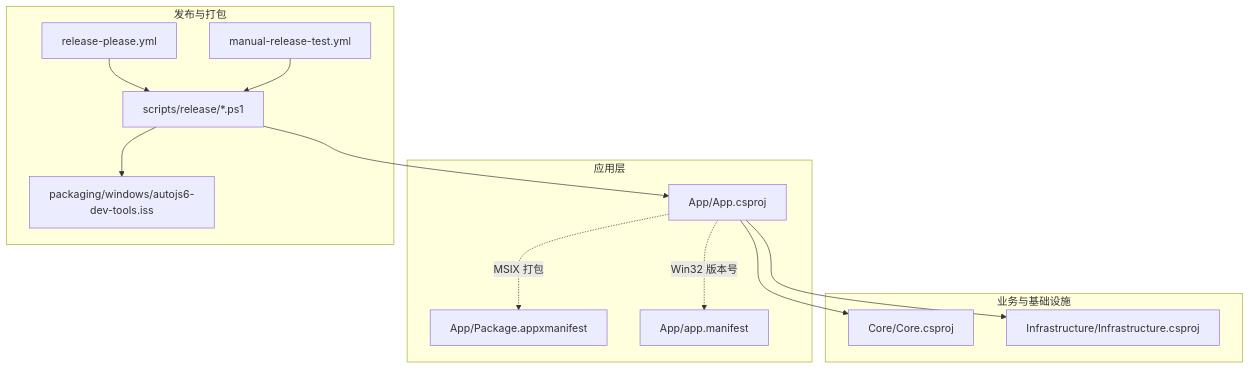
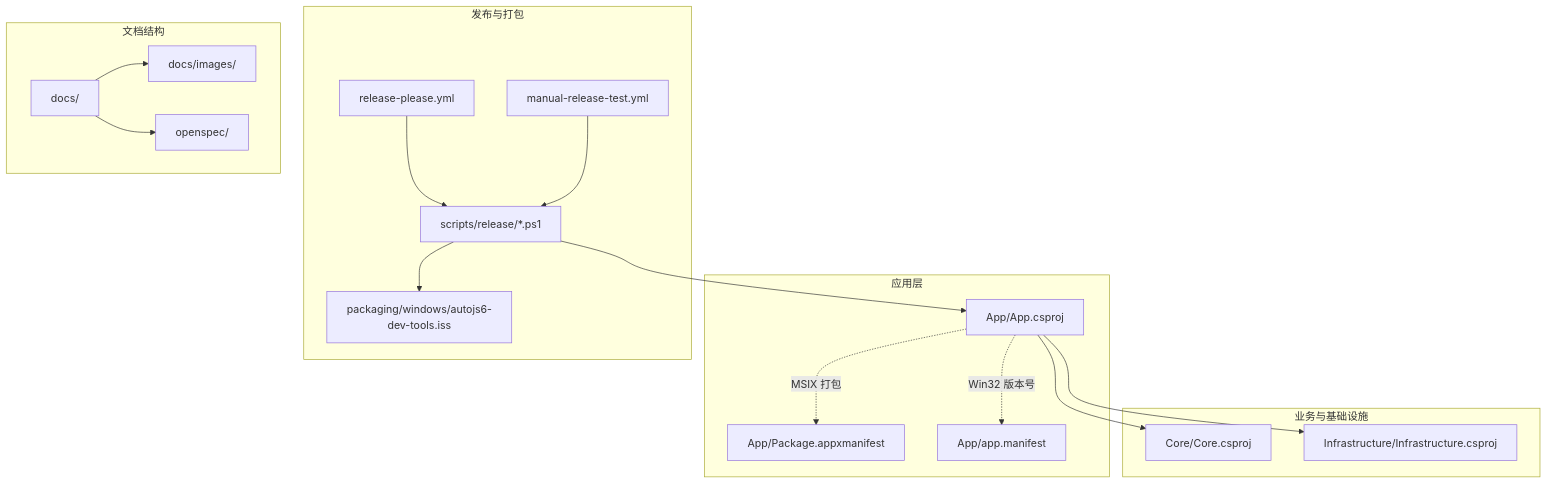
One commit to terwer/autojs6-dev-tools changed the first of 7 diagrams in .qoder/repowiki/zh/content/开发指南/部署与发布流程.md. Above: the diagram before and after it, drawn with Mermaid. The commit also changed other lines of this file and 4 other files, not shown here.

````diff
--- a/.qoder/repowiki/zh/content/开发指南/部署与发布流程.md
+++ b/.qoder/repowiki/zh/content/开发指南/部署与发布流程.md
@@ -49,26 +49,33 @@
 ```mermaid
 graph TB
 subgraph "应用层"
 APP["App/App.csproj"]
 MAN_APPX["App/Package.appxmanifest"]
 MAN_WIN32["App/app.manifest"]
 end
 subgraph "业务与基础设施"
 CORE["Core/Core.csproj"]
 INFRA["Infrastructure/Infrastructure.csproj"]
 end
 subgraph "发布与打包"
 GH_RELEASE["release-please.yml"]
 GH_TEST["manual-release-test.yml"]
 ISS["packaging/windows/autojs6-dev-tools.iss"]
 SCRIPTS["scripts/release/*.ps1"]
 end
+subgraph "文档结构"
+DOCS["docs/"]
+DOCS_IMAGES["docs/images/"]
+OPENSPEC["openspec/"]
+end
 APP --> INFRA
 APP --> CORE
 APP -. MSIX 打包 .-> MAN_APPX
 APP -. Win32 版本号 .-> MAN_WIN32
 GH_RELEASE --> SCRIPTS
 GH_TEST --> SCRIPTS
 SCRIPTS --> APP
 SCRIPTS --> ISS
+DOCS --> DOCS_IMAGES
+DOCS --> OPENSPEC
 ```
````
